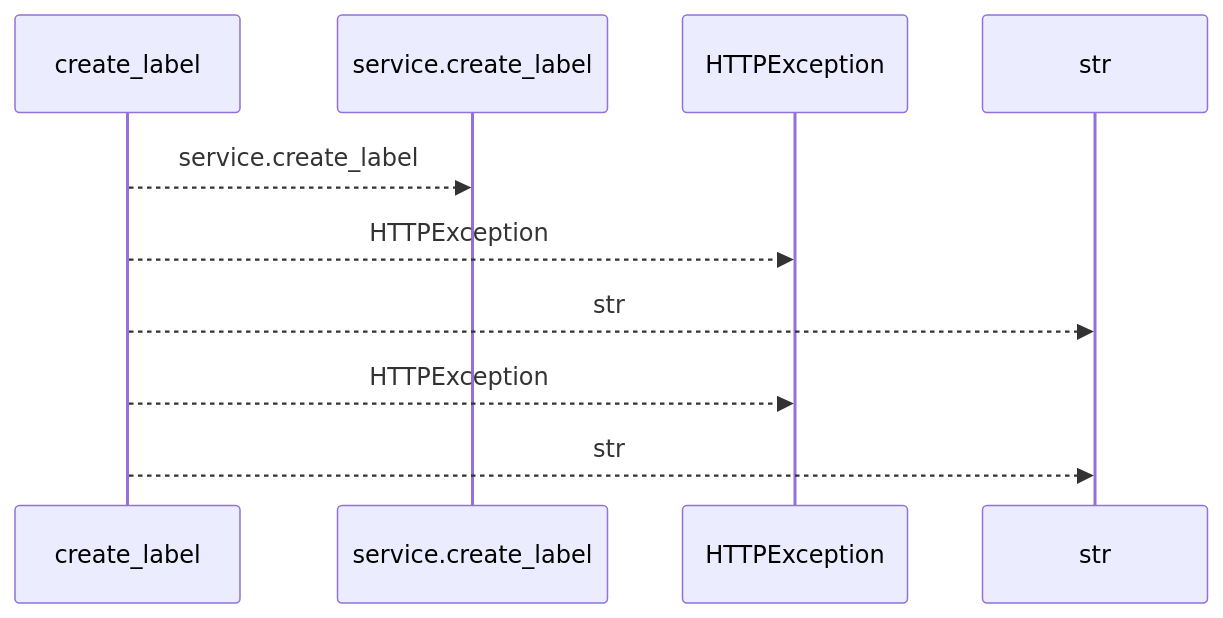
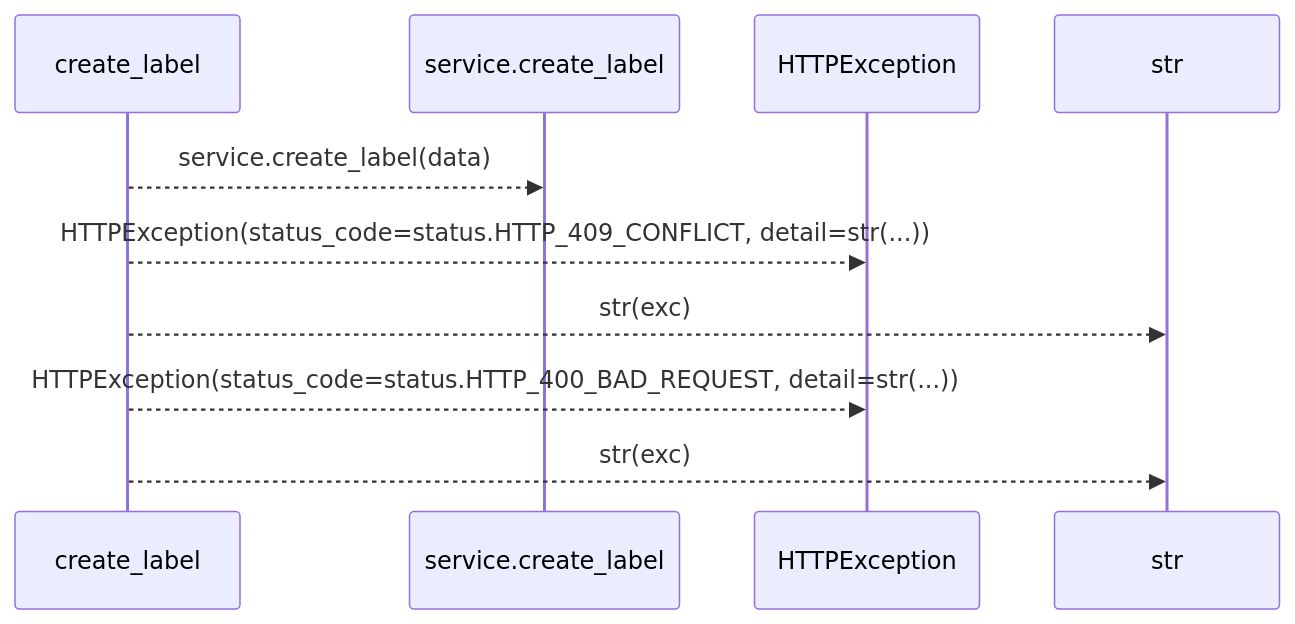
Before and after one commit to Denissvgn/WorkChord: the first of 2 diagrams in docs/llm_wiki/flows/http-create_label.md, drawn with Mermaid. The commit also changed other lines of this file and 25171 other files, not shown here.

````diff
--- a/docs/llm_wiki/flows/http-create_label.md
+++ b/docs/llm_wiki/flows/http-create_label.md
@@ -10,12 +12,12 @@
 ```mermaid
 sequenceDiagram
     participant p0 as create_label
     participant p1 as service.create_label
     participant p2 as HTTPException
     participant p3 as str
-    p0-->>p1: service.create_label
-    p0-->>p2: HTTPException
-    p0-->>p3: str
-    p0-->>p2: HTTPException
-    p0-->>p3: str
+    p0-->>p1: service.create_label(data)
+    p0-->>p2: HTTPException(status_code=status.HTTP_409_CONFLICT, detail=str(...))
+    p0-->>p3: str(exc)
+    p0-->>p2: HTTPException(status_code=status.HTTP_400_BAD_REQUEST, detail=str(...))
+    p0-->>p3: str(exc)
 ```
````
